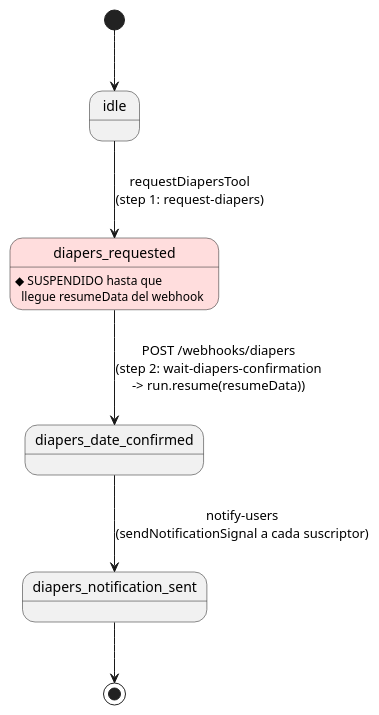
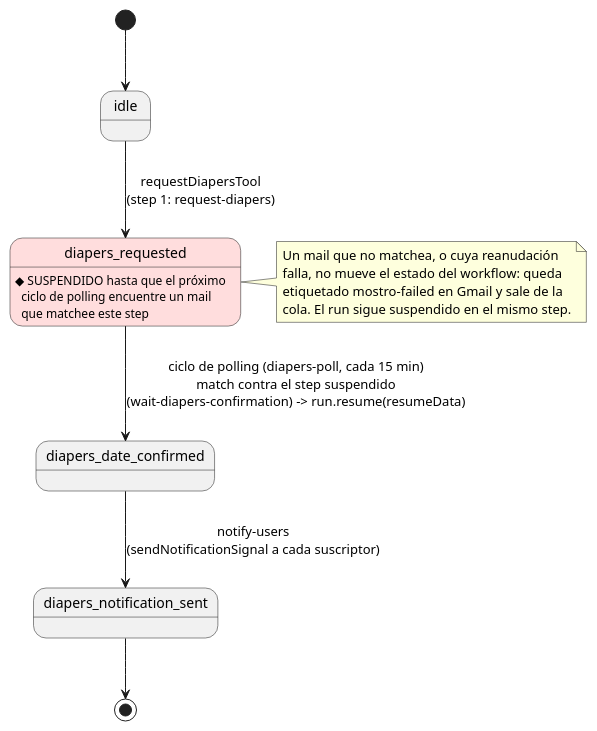
Before and after one commit to alex-bluetrain/mostro: the second of 2 diagrams in diapers-flow.md, drawn with PlantUML. The commit also changed other lines of this file and 2 other files, not shown here.

First line of the commit message:
docs: describe mailbox polling instead of resume webhooks

````diff
--- a/diapers-flow.md
+++ b/diapers-flow.md
@@ -78,17 +114,24 @@
 ```plantuml
 @startuml diapers-state
 [*] --> idle
 
 idle --> diapers_requested : requestDiapersTool\n(step 1: request-diapers)
 
-diapers_requested --> diapers_date_confirmed : POST /webhooks/diapers\n(step 2: wait-diapers-confirmation\n-> run.resume(resumeData))
+diapers_requested --> diapers_date_confirmed : ciclo de polling (diapers-poll, cada 15 min)\nmatch contra el step suspendido\n(wait-diapers-confirmation) -> run.resume(resumeData)
 
 state diapers_requested #FFDDDD {
-  diapers_requested : ◆ SUSPENDIDO hasta que\n  llegue resumeData del webhook
+  diapers_requested : ◆ SUSPENDIDO hasta que el próximo\n  ciclo de polling encuentre un mail\n  que matchee este step
 }
 
 diapers_date_confirmed --> diapers_notification_sent : notify-users\n(sendNotificationSignal a cada suscriptor)
 
 diapers_notification_sent --> [*]
+
+note right of diapers_requested
+  Un mail que no matchea, o cuya reanudación
+  falla, no mueve el estado del workflow: queda
+  etiquetado mostro-failed en Gmail y sale de la
+  cola. El run sigue suspendido en el mismo step.
+end note
 @enduml
 ```
````
